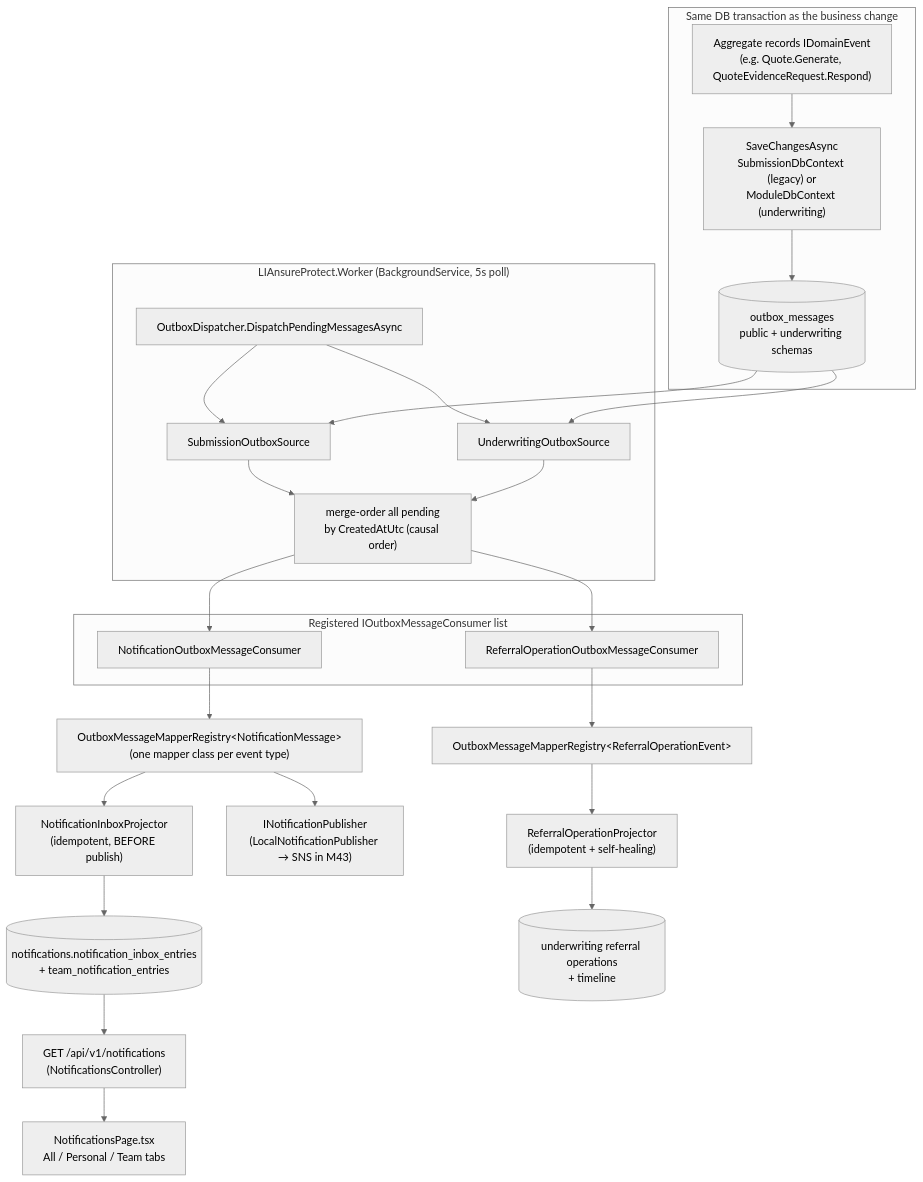
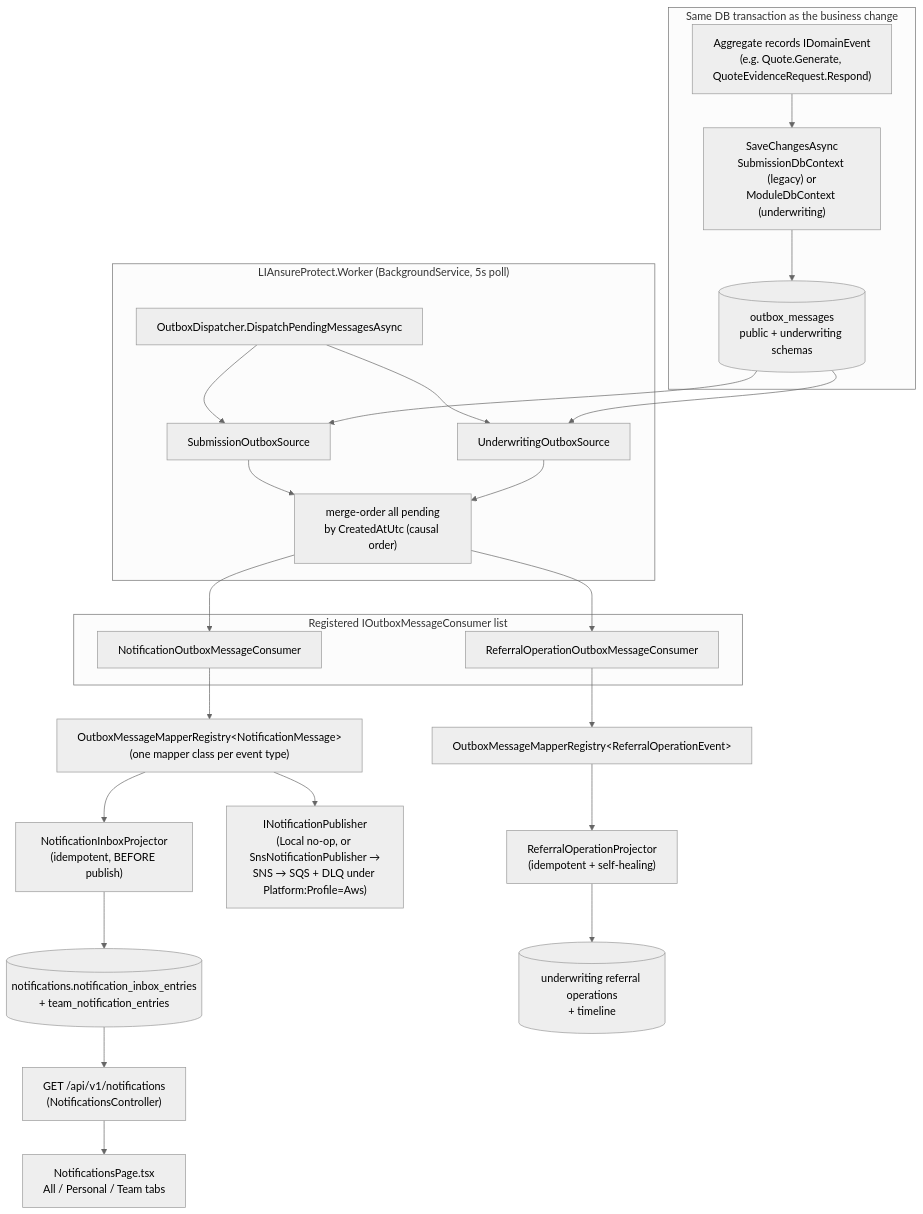
Before and after one commit to paulbuer08/LIAnsureProtect: the diagram in docs/encyclopedia/10-flow-notifications-and-background.md, drawn with Mermaid (neutral theme). The commit also changed other lines of this file and 20 other files, not shown here.

````diff
--- a/docs/encyclopedia/10-flow-notifications-and-background.md
+++ b/docs/encyclopedia/10-flow-notifications-and-background.md
@@ -16,38 +16,38 @@
 ```mermaid
 flowchart TB
     subgraph TX["Same DB transaction as the business change"]
         AGG["Aggregate records IDomainEvent\n(e.g. Quote.Generate, QuoteEvidenceRequest.Respond)"]
         SAVE["SaveChangesAsync\nSubmissionDbContext (legacy) or\nModuleDbContext (underwriting)"]
         OB[("outbox_messages\npublic + underwriting schemas")]
         AGG --> SAVE --> OB
     end
 
     subgraph WORKER["LIAnsureProtect.Worker (BackgroundService, 5s poll)"]
         DISP["OutboxDispatcher.DispatchPendingMessagesAsync"]
         SRC1["SubmissionOutboxSource"]
         SRC2["UnderwritingOutboxSource"]
         ORDER["merge-order all pending\nby CreatedAtUtc (causal order)"]
         DISP --> SRC1 & SRC2 --> ORDER
     end
 
     OB --> SRC1 & SRC2
 
     subgraph CONSUMERS["Registered IOutboxMessageConsumer list"]
         NC["NotificationOutboxMessageConsumer"]
         RC["ReferralOperationOutboxMessageConsumer"]
     end
 
     ORDER --> NC & RC
 
     NC --> NREG["OutboxMessageMapperRegistry&lt;NotificationMessage&gt;\n(one mapper class per event type)"]
     NREG --> PROJ["NotificationInboxProjector\n(idempotent, BEFORE publish)"]
     PROJ --> INBOX[("notifications.notification_inbox_entries\n+ team_notification_entries")]
-    NREG --> PUB["INotificationPublisher\n(LocalNotificationPublisher → SNS in M43)"]
+    NREG --> PUB["INotificationPublisher\n(Local no-op, or SnsNotificationPublisher →\nSNS → SQS + DLQ under Platform:Profile=Aws)"]
 
     RC --> RREG["OutboxMessageMapperRegistry&lt;ReferralOperationEvent&gt;"]
     RREG --> RPROJ["ReferralOperationProjector\n(idempotent + self-healing)"]
     RPROJ --> RTBL[("underwriting referral operations\n+ timeline")]
 
     INBOX --> API2["GET /api/v1/notifications\n(NotificationsController)"]
     API2 --> UI["NotificationsPage.tsx\nAll / Personal / Team tabs"]
 ```
````
